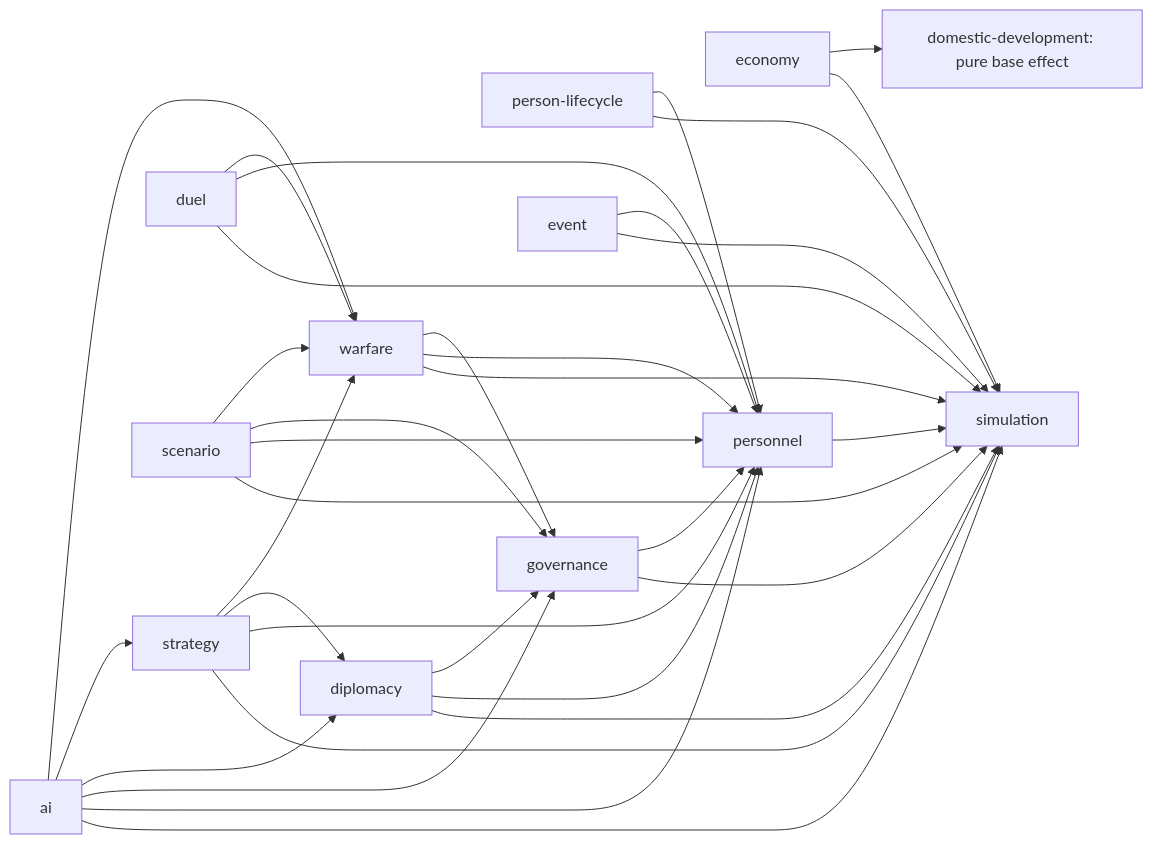
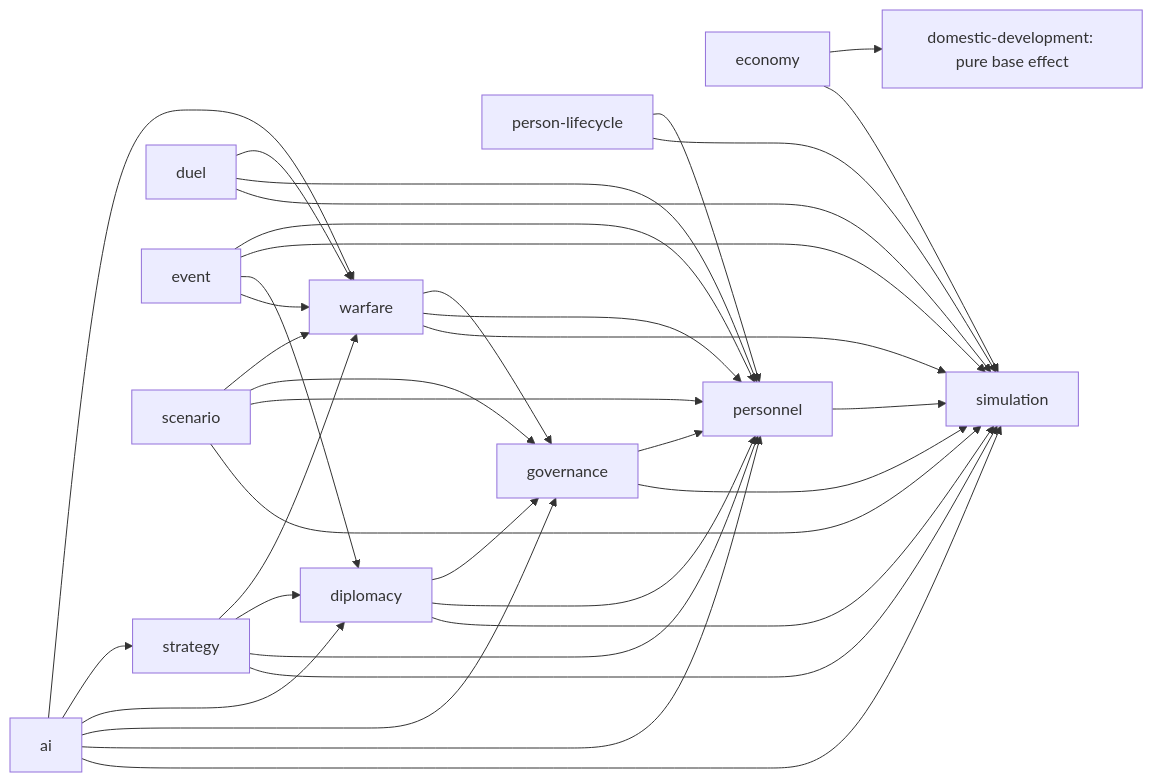
One commit to cdd1037/san9-remake changed the diagram in specs/behavior/core-domain-dependency-map.md. Above: the diagram before and after it, drawn with Mermaid. The commit also changed other lines of this file and 29 other files, not shown here.

````diff
--- a/specs/behavior/core-domain-dependency-map.md
+++ b/specs/behavior/core-domain-dependency-map.md
@@ -18,36 +18,38 @@
 ```mermaid
 flowchart LR
   Domestic[domestic-development: pure base effect]
   Economy[economy] --> Domestic
   Economy --> Simulation
   Personnel[personnel] --> Simulation[simulation]
   Lifecycle[person-lifecycle] --> Personnel
   Lifecycle --> Simulation
   Governance[governance] --> Personnel
   Governance --> Simulation
   Warfare[warfare] --> Governance
   Warfare --> Personnel
   Warfare --> Simulation
   Diplomacy[diplomacy] --> Governance
   Diplomacy --> Personnel
   Diplomacy --> Simulation
   Strategy[strategy] --> Warfare
   Strategy --> Diplomacy
   Strategy --> Personnel
   Strategy --> Simulation
   Duel[duel] --> Warfare
   Duel --> Personnel
   Duel --> Simulation
   Event[event] --> Personnel
   Event --> Simulation
+  Event --> Diplomacy
+  Event --> Warfare
   Scenario[scenario] --> Warfare
   Scenario --> Governance
   Scenario --> Personnel
   Scenario --> Simulation
   AI[ai] --> Warfare
   AI --> Strategy
   AI --> Diplomacy
   AI --> Governance
   AI --> Personnel
   AI --> Simulation
 ```
````
